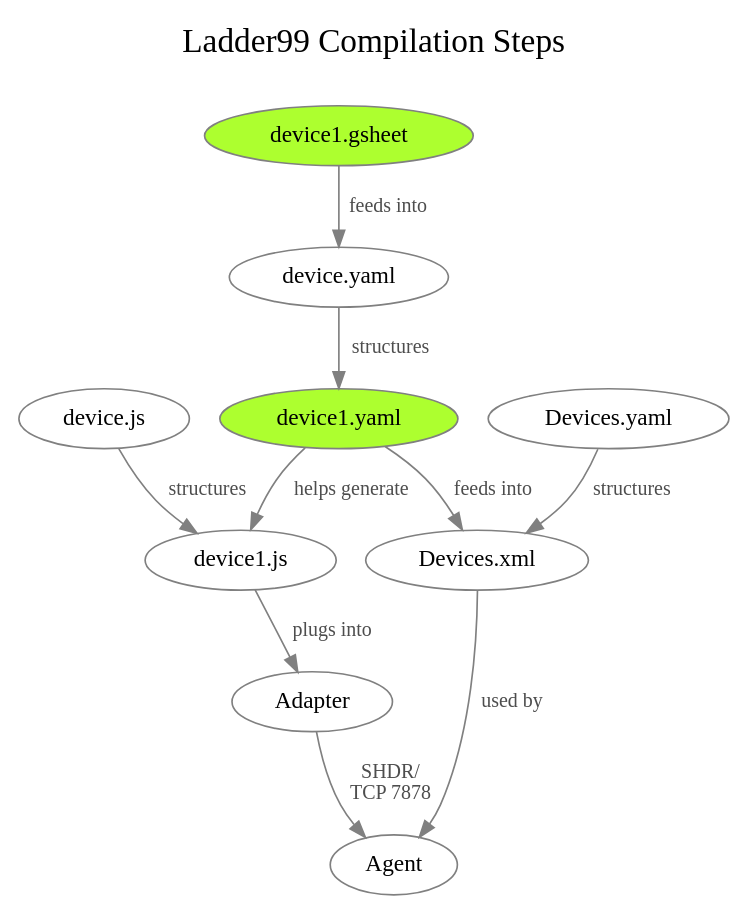
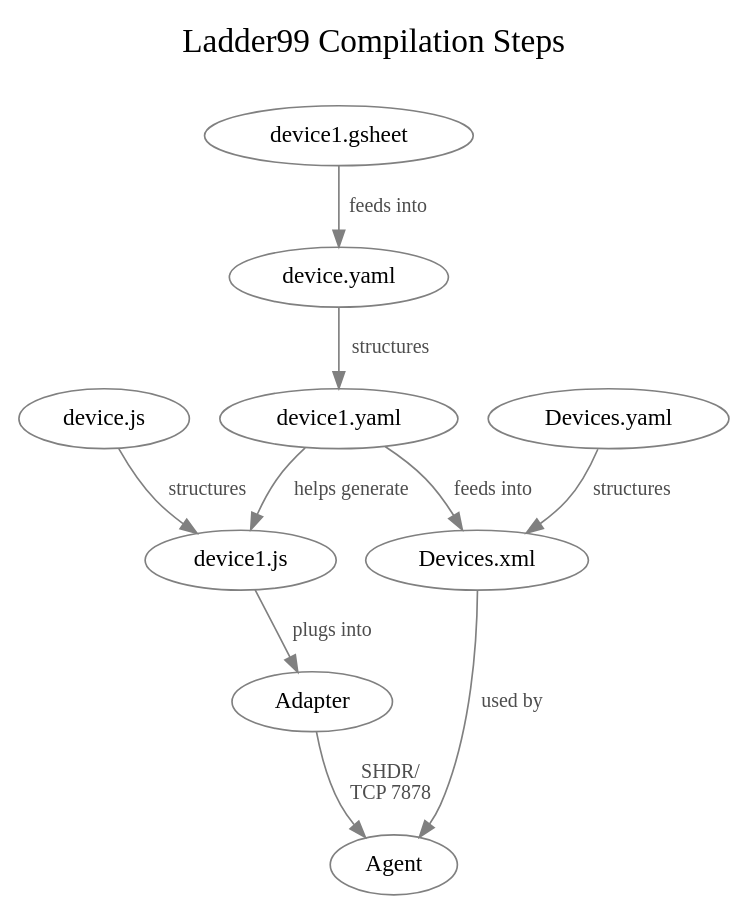
One commit to Ladder99/ladder99 changed the diagram in design/compilation.dot. Above: the diagram before and after it, drawn with Graphviz.

```diff
--- a/design/compilation.dot
+++ b/design/compilation.dot
@@ -1,36 +1,36 @@
 digraph "ladder99-compilation" {
 
   // styles
   graph [ label="Ladder99 Compilation Steps\n "; color=lightgray; ];
   graph [ fontsize=20 ];
   graph [ labelloc=t ];
   // graph [ ranksep=0.2 ];
   // graph [ nodesep=0.35 ];
   // graph [ rankdir=LR; ] // left-to-right
   node [ color=gray; fillcolor=white; style=filled ];
   edge [ color=gray ];
   edge [ fontsize=12; fontcolor=gray30; ];
 
   // nodes
-  Device1Sheet [ fillcolor="greenyellow"; label="device1.gsheet" ];
+  Device1Sheet [ label="device1.gsheet" ];
   DeviceYaml [ label="device.yaml" ];
-  Device1Yaml [ fillcolor="greenyellow"; label="device1.yaml" ];
+  Device1Yaml [ label="device1.yaml" ];
   DeviceJs [ label="device.js" ];
   Device1Js [ label="device1.js" ];
   DevicesXml [ label="Devices.xml" ];
   DevicesYaml [ label="Devices.yaml" ];
 
   // edges
   DeviceYaml -> Device1Yaml [ label="structures" ];
   Device1Sheet -> DeviceYaml [ label="feeds into" ];
   Device1Yaml -> Device1Js [ label="helps generate" ];
   DeviceJs -> Device1Js [ label="structures" ];
   Device1Js -> Adapter [ label="plugs into" ];
   Device1Yaml -> DevicesXml [ label="feeds into" ];
   Adapter -> Agent [ label="SHDR/\nTCP 7878" ];
   DevicesYaml -> DevicesXml [ label="structures" ];
   DevicesXml -> Agent [ label="used by" ];
 
   // rank
   // { rank=same; DiodeSender DiodeReceiver Agent Application Database Visualizer };
 }
```
